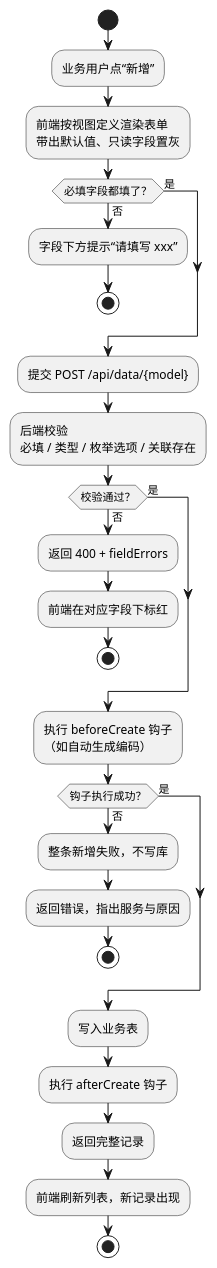
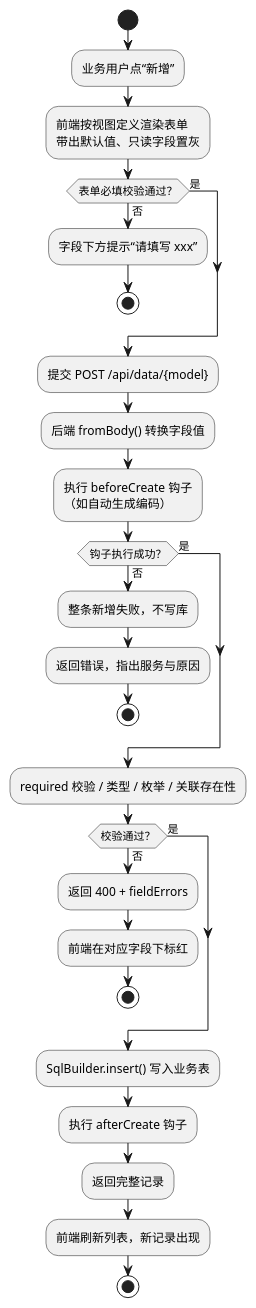
Before and after one commit to liyiming-dev/metaforge: the eighth of 8 diagrams in docs/dev-doc/03-项目设计.md, drawn with PlantUML. The commit also changed other lines of this file and 16 other files, not shown here.

Commit message:
docs: D6 按素材校正，导出 8 张设计图 PNG

````diff
--- a/docs/dev-doc/03-项目设计.md
+++ b/docs/dev-doc/03-项目设计.md
@@ -475,33 +484,34 @@
 ```plantuml
 @startuml
 skinparam shadowing false
 start
 :业务用户点“新增”;
 :前端按视图定义渲染表单\n带出默认值、只读字段置灰;
-if (必填字段都填了？) then (否)
+if (表单必填校验通过？) then (否)
   :字段下方提示“请填写 xxx”;
   stop
 else (是)
 endif
 :提交 POST /api/data/{model};
-:后端校验\n必填 / 类型 / 枚举选项 / 关联存在;
-if (校验通过？) then (否)
-  :返回 400 + fieldErrors;
-  :前端在对应字段下标红;
-  stop
-else (是)
-endif
+:后端 fromBody() 转换字段值;
 :执行 beforeCreate 钩子\n（如自动生成编码）;
 if (钩子执行成功？) then (否)
   :整条新增失败，不写库;
   :返回错误，指出服务与原因;
   stop
 else (是)
 endif
-:写入业务表;
+:required 校验 / 类型 / 枚举 / 关联存在性;
+if (校验通过？) then (否)
+  :返回 400 + fieldErrors;
+  :前端在对应字段下标红;
+  stop
+else (是)
+endif
+:SqlBuilder.insert() 写入业务表;
 :执行 afterCreate 钩子;
 :返回完整记录;
 :前端刷新列表，新记录出现;
 stop
 @enduml
 ```
````
